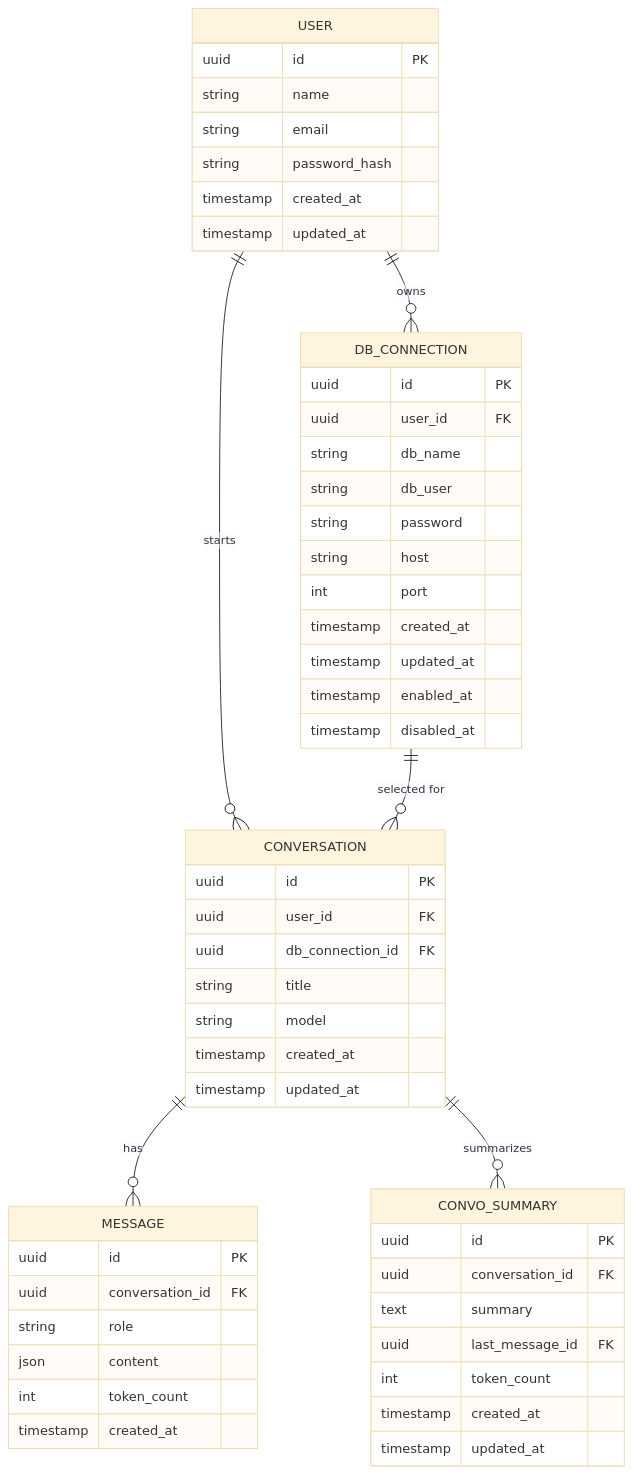
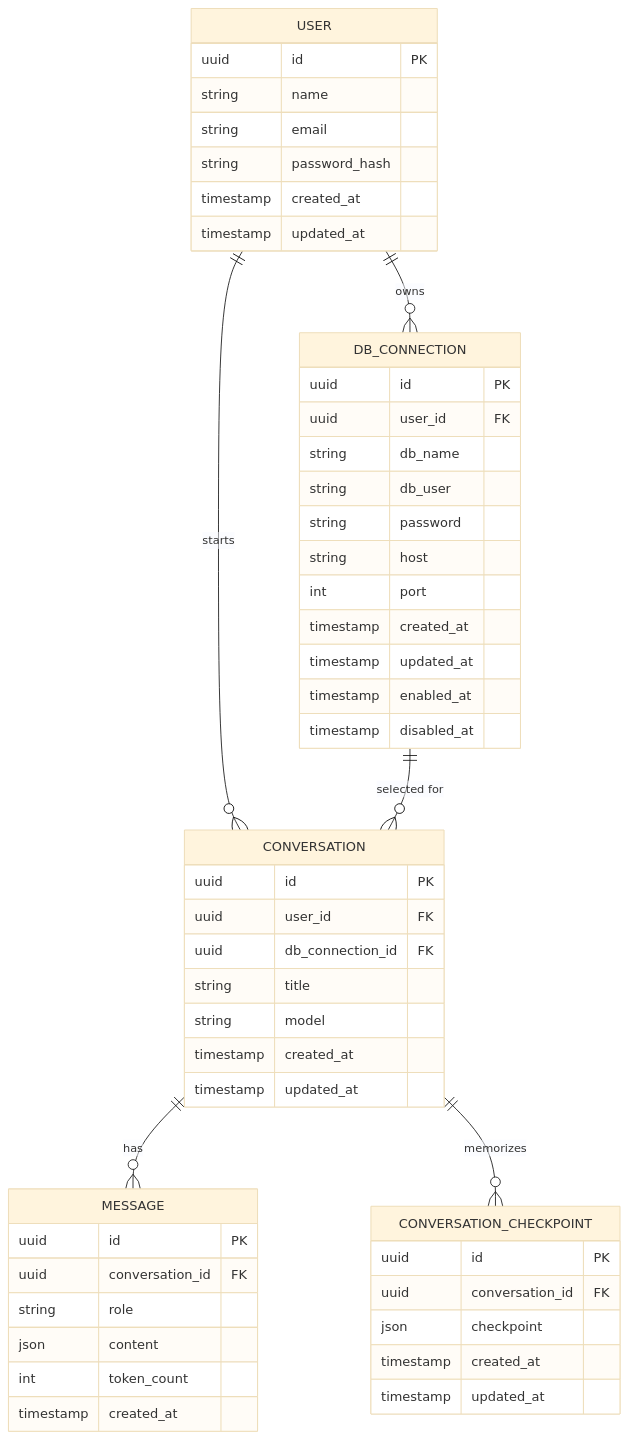
Before and after one commit to benjyongzh/llm-data-analyst: the fourth of 4 diagrams in README.md, drawn with Mermaid (base theme). The commit also changed other lines of this file and 10 other files, not shown here.

Commit message:
Simplify query response schema

````diff
--- a/README.md
+++ b/README.md
@@ -175,56 +215,64 @@
 ```mermaid
 erDiagram
     USER ||--o{ DB_CONNECTION : owns
     USER ||--o{ CONVERSATION : starts
     DB_CONNECTION ||--o{ CONVERSATION : "selected for"
     CONVERSATION ||--o{ MESSAGE : has
-    CONVERSATION ||--o{ CONVO_SUMMARY : summarizes
+    %% CONVERSATION ||--o{ CONVO_SUMMARY : summarizes
+    CONVERSATION ||--o{ CONVERSATION_CHECKPOINT : memorizes
 
     USER {
         uuid id PK
         string name
         string email
         string password_hash
         timestamp created_at
         timestamp updated_at
     }
     DB_CONNECTION {
         uuid id PK
         uuid user_id FK
         string db_name
         string db_user
         string password
         string host
         int port
         timestamp created_at
         timestamp updated_at
         timestamp enabled_at
         timestamp disabled_at
     }
     CONVERSATION {
         uuid id PK
         uuid user_id FK
         uuid db_connection_id FK
         string title
         string model
         timestamp created_at
         timestamp updated_at
     }
     MESSAGE {
         uuid id PK
         uuid conversation_id FK
         string role
         json content
         int token_count
         timestamp created_at
     }
-    CONVO_SUMMARY {
+    %% CONVO_SUMMARY {
+    %%     uuid id PK
+    %%     uuid conversation_id FK
+    %%     text summary
+    %%     uuid last_message_id FK
+    %%     int token_count
+    %%     timestamp created_at
+    %%     timestamp updated_at
+    %% }
+    CONVERSATION_CHECKPOINT {
         uuid id PK
         uuid conversation_id FK
-        text summary
-        uuid last_message_id FK
-        int token_count
+        json checkpoint
         timestamp created_at
         timestamp updated_at
     }
 ```
````
